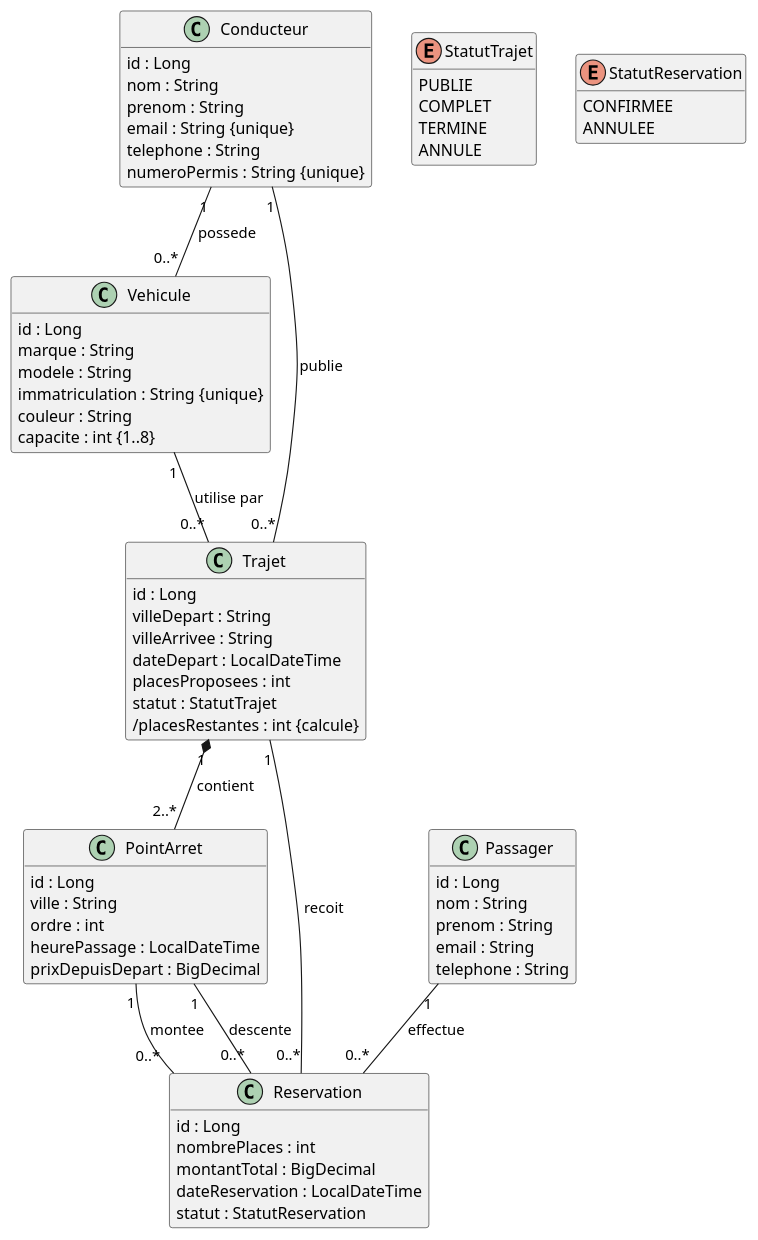
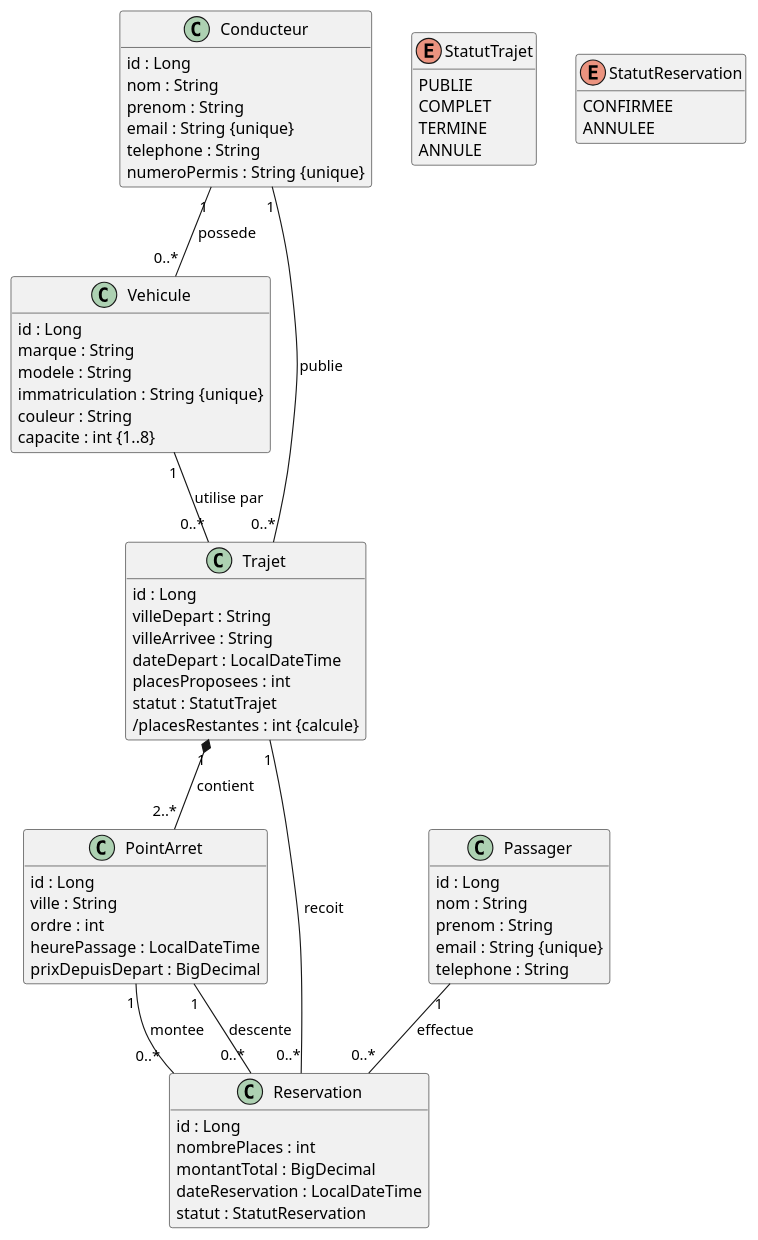
One commit to yassinesekkah/Plateforme-de-covoiturage-multi--tapes changed the diagram in docs/conception/diagramme-classes.puml. Above: the diagram before and after it, drawn with PlantUML. The commit also changed 4 other files, not shown here.

Commit message:
docs(COV-10): aligner le diagramme sur l email passager unique

```diff
--- a/docs/conception/diagramme-classes.puml
+++ b/docs/conception/diagramme-classes.puml
@@ -1,68 +1,68 @@
 @startuml
 skinparam classAttributeIconSize 0
 hide methods
 class Conducteur {
   id : Long
   nom : String
   prenom : String
   email : String {unique}
   telephone : String
   numeroPermis : String {unique}
 }
 class Vehicule {
   id : Long
   marque : String
   modele : String
   immatriculation : String {unique}
   couleur : String
   capacite : int {1..8}
 }
 class Passager {
   id : Long
   nom : String
   prenom : String
-  email : String
+  email : String {unique}
   telephone : String
 }
 class Trajet {
   id : Long
   villeDepart : String
   villeArrivee : String
   dateDepart : LocalDateTime
   placesProposees : int
   statut : StatutTrajet
   /placesRestantes : int {calcule}
 }
 class PointArret {
   id : Long
   ville : String
   ordre : int
   heurePassage : LocalDateTime
   prixDepuisDepart : BigDecimal
 }
 class Reservation {
   id : Long
   nombrePlaces : int
   montantTotal : BigDecimal
   dateReservation : LocalDateTime
   statut : StatutReservation
 }
 Conducteur "1" -- "0..*" Vehicule : possede
 Conducteur "1" -- "0..*" Trajet : publie
 Vehicule "1" -- "0..*" Trajet : utilise par
 Trajet "1" *-- "2..*" PointArret : contient
 Passager "1" -- "0..*" Reservation : effectue
 Trajet "1" -- "0..*" Reservation : recoit
 PointArret "1" -- "0..*" Reservation : montee
 PointArret "1" -- "0..*" Reservation : descente
 enum StatutTrajet {
  PUBLIE
  COMPLET
  TERMINE
  ANNULE
 }
 enum StatutReservation {
  CONFIRMEE
  ANNULEE
 }
 @enduml
```
